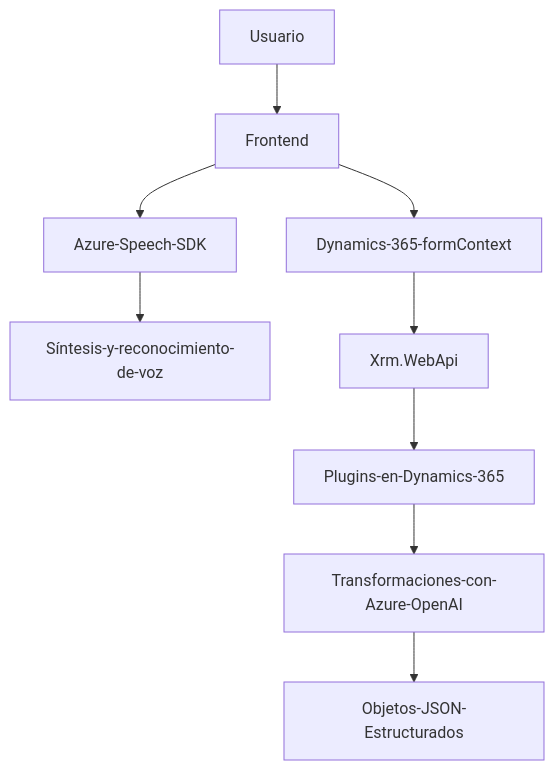
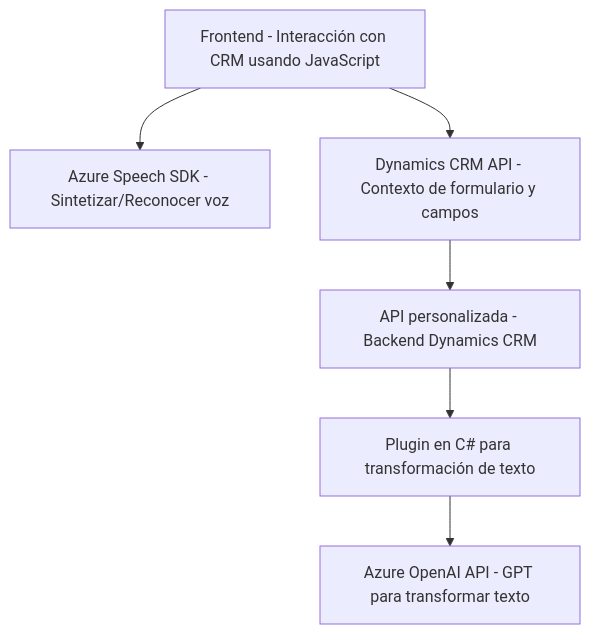
Before and after one commit to blopezdm/NETCORE_BILBAO2025: the diagram in README.md, drawn with Mermaid. The commit also changed other lines of this file, not shown here.

Commit message:
Actualizar análisis global de la solución con IA

````diff
--- a/README.md
+++ b/README.md
@@ -49,11 +49,8 @@
 ```mermaid
 graph TD
-    A[Usuario] --> B[Frontend]
-    B --> C["Azure-Speech-SDK"]
-    B --> D["Dynamics-365-formContext"]
-    C --> F["Síntesis-y-reconocimiento-de-voz"]
-    D --> E["Xrm.WebApi"]
-    E --> G["Plugins-en-Dynamics-365"]
-    G --> H["Transformaciones-con-Azure-OpenAI"]
-    H --> I["Objetos-JSON-Estructurados"]
+    A["Frontend - Interacción con CRM usando JavaScript"] --> B["Azure Speech SDK - Sintetizar/Reconocer voz"]
+    A --> C["Dynamics CRM API - Contexto de formulario y campos"]
+    C --> F["API personalizada - Backend Dynamics CRM"]
+    F --> D["Plugin en C# para transformación de texto"]
+    D --> E["Azure OpenAI API - GPT para transformar texto"]
 ```
````
